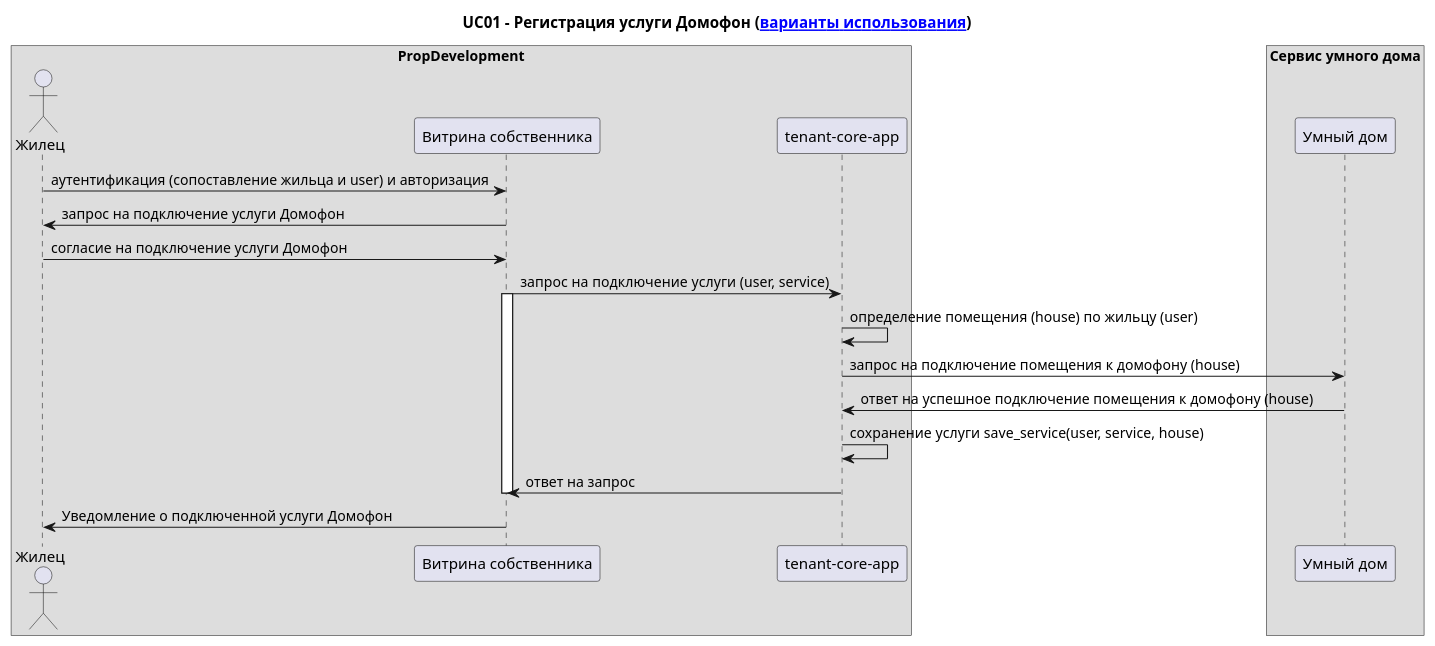
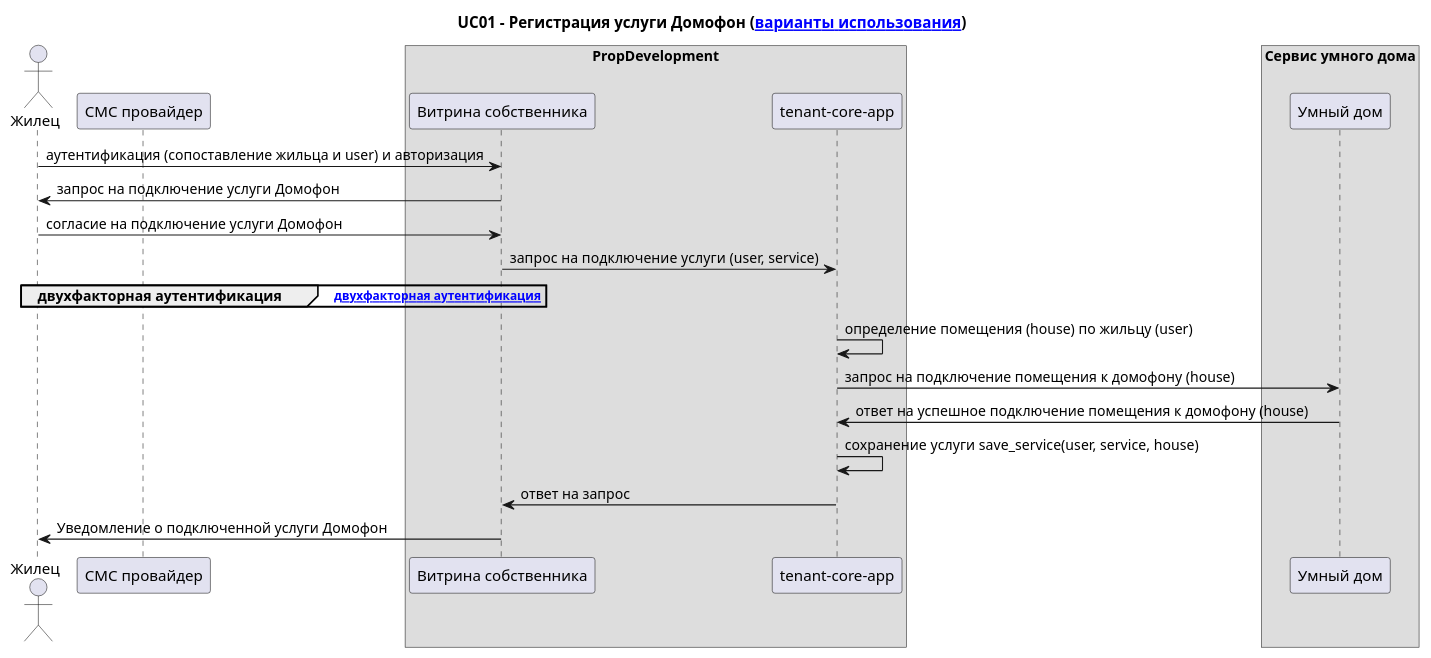
The diagram in Exc3/uc/UC02i1.puml (asbelon/architecture-sprint-7), drawn with PlantUML before and after one commit. The commit also changed 8 other files, not shown here.

```diff
--- a/Exc3/uc/UC02i1.puml
+++ b/Exc3/uc/UC02i1.puml
@@ -1,27 +1,35 @@
 @startuml
 
 title UC01 - Регистрация услуги Домофон ([[./uc.puml варианты использования]])
 
+actor Жилец as Tenant
+
+participant "СМС провайдер" as SmsProvider
+
 box "PropDevelopment"
-actor Жилец as Tenant
 participant "Витрина собственника" as MobileApp
 participant "tenant-core-app" as TenantCoreApp
 end box
 box "Сервис умного дома"
 participant "Умный дом" as SmartHome
 end box
 
+
+
 Tenant -> MobileApp: аутентификация (сопоставление жильца и user) и авторизация
 MobileApp -> Tenant: запрос на подключение услуги Домофон
 Tenant -> MobileApp: согласие на подключение услуги Домофон
 MobileApp -> TenantCoreApp: запрос на подключение услуги (user, service)
-activate MobileApp
+
+group двухфакторная аутентификация [[UC06.puml двухфакторная аутентификация]]
+end group
+
 TenantCoreApp -> TenantCoreApp: определение помещения (house) по жильцу (user)
 TenantCoreApp -> SmartHome: запрос на подключение помещения к домофону (house)
 SmartHome -> TenantCoreApp: ответ на успешное подключение помещения к домофону (house)
 TenantCoreApp -> TenantCoreApp: сохранение услуги save_service(user, service, house)
 TenantCoreApp -> MobileApp: ответ на запрос
-deactivate MobileApp
+
 MobileApp -> Tenant: Уведомление о подключенной услуги Домофон
 
 @enduml
```
